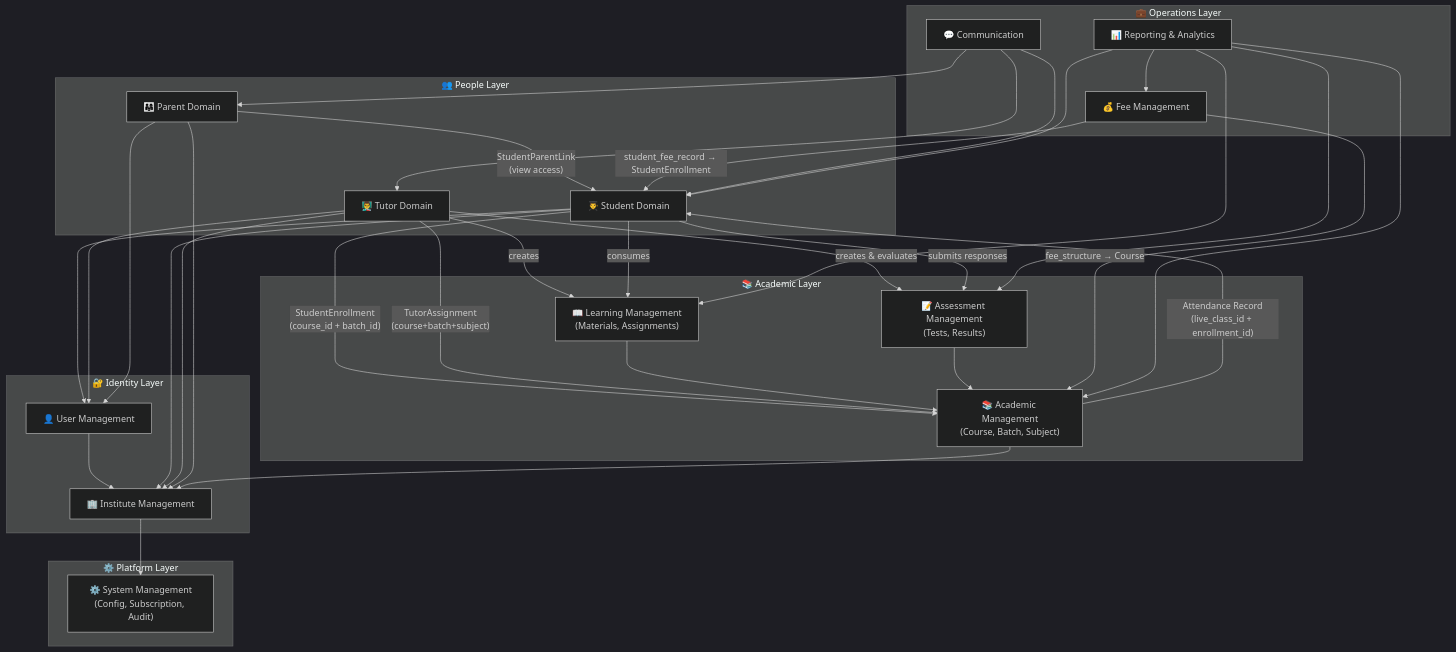
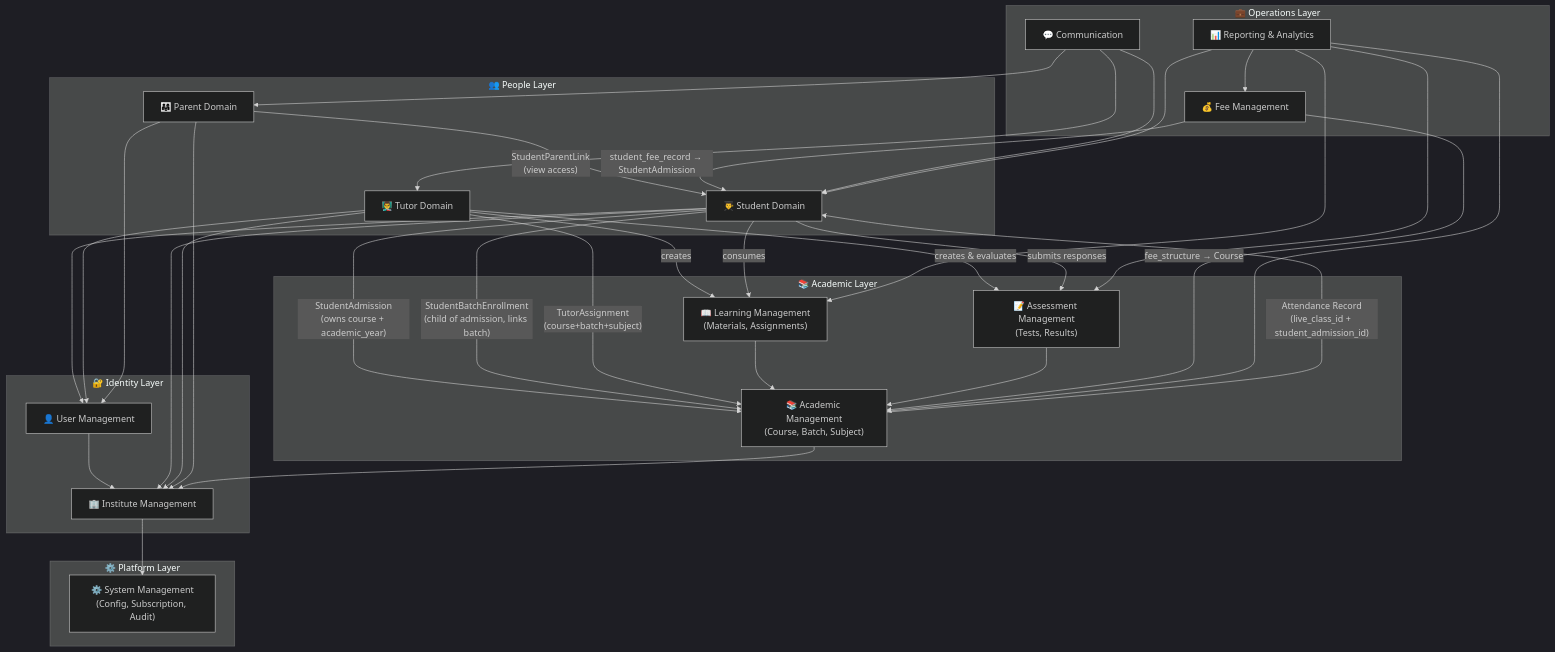
One commit to JOYJK348/NEET-SAAS changed the first of 2 diagrams in docs/architecture/erd/00-master-erd.md. Above: the diagram before and after it, drawn with Mermaid (dark theme). The commit also changed other lines of this file and 72 other files, not shown here.

````diff
--- a/docs/architecture/erd/00-master-erd.md
+++ b/docs/architecture/erd/00-master-erd.md
@@ -48,81 +48,82 @@
 ```mermaid
 flowchart TD
 
     subgraph PLATFORM["⚙️ Platform Layer"]
         SYS["⚙️ System Management\n(Config, Subscription, Audit)"]
     end
 
     subgraph IDENTITY["🔐 Identity Layer"]
         INST["🏢 Institute Management"]
         USER["👤 User Management"]
     end
 
     subgraph PEOPLE["👥 People Layer"]
         STU["👨‍🎓 Student Domain"]
         TUT["👨‍🏫 Tutor Domain"]
         PAR["👨‍👩‍👧 Parent Domain"]
     end
 
     subgraph ACADEMIC["📚 Academic Layer"]
         ACM["📚 Academic Management\n(Course, Batch, Subject)"]
         LRN["📖 Learning Management\n(Materials, Assignments)"]
         ASM["📝 Assessment Management\n(Tests, Results)"]
     end
 
     subgraph OPS["💼 Operations Layer"]
         FEE["💰 Fee Management"]
         COM["💬 Communication"]
         REP["📊 Reporting & Analytics"]
     end
 
     %% Identity depends on Platform
     INST --> SYS
     USER --> INST
 
     %% People depends on Identity
     STU --> USER
     STU --> INST
     TUT --> USER
     TUT --> INST
     PAR --> USER
     PAR --> INST
 
     %% Academic depends on Institute
     ACM --> INST
 
     %% People ↔ Academic (core teaching relationships)
-    STU -- "StudentEnrollment\n(course_id + batch_id)" --> ACM
+    STU -- "StudentAdmission\n(owns course + academic_year)" --> ACM
+    STU -- "StudentBatchEnrollment\n(child of admission, links batch)" --> ACM
     TUT -- "TutorAssignment\n(course+batch+subject)" --> ACM
 
     %% Parent reads Student (view only)
     PAR -- "StudentParentLink\n(view access)" --> STU
 
     %% Learning hangs off Academic + People
     LRN --> ACM
     TUT -- "creates" --> LRN
     STU -- "consumes" --> LRN
 
     %% Assessment hangs off Academic + People
     ASM --> ACM
     TUT -- "creates & evaluates" --> ASM
     STU -- "submits responses" --> ASM
 
     %% Attendance is Academic event + Student identity
-    ACM -- "Attendance Record\n(live_class_id + enrollment_id)" --> STU
+    ACM -- "Attendance Record\n(live_class_id + student_admission_id)" --> STU
 
     %% Fee hangs off Academic + Student
     FEE -- "fee_structure → Course" --> ACM
-    FEE -- "student_fee_record → StudentEnrollment" --> STU
+    FEE -- "student_fee_record → StudentAdmission" --> STU
 
     %% Communication is consumed by everyone
     COM --> STU
     COM --> TUT
     COM --> PAR
 
     %% Reporting reads everything
     REP --> STU
     REP --> ACM
     REP --> ASM
     REP --> FEE
     REP --> LRN
 ```
````
